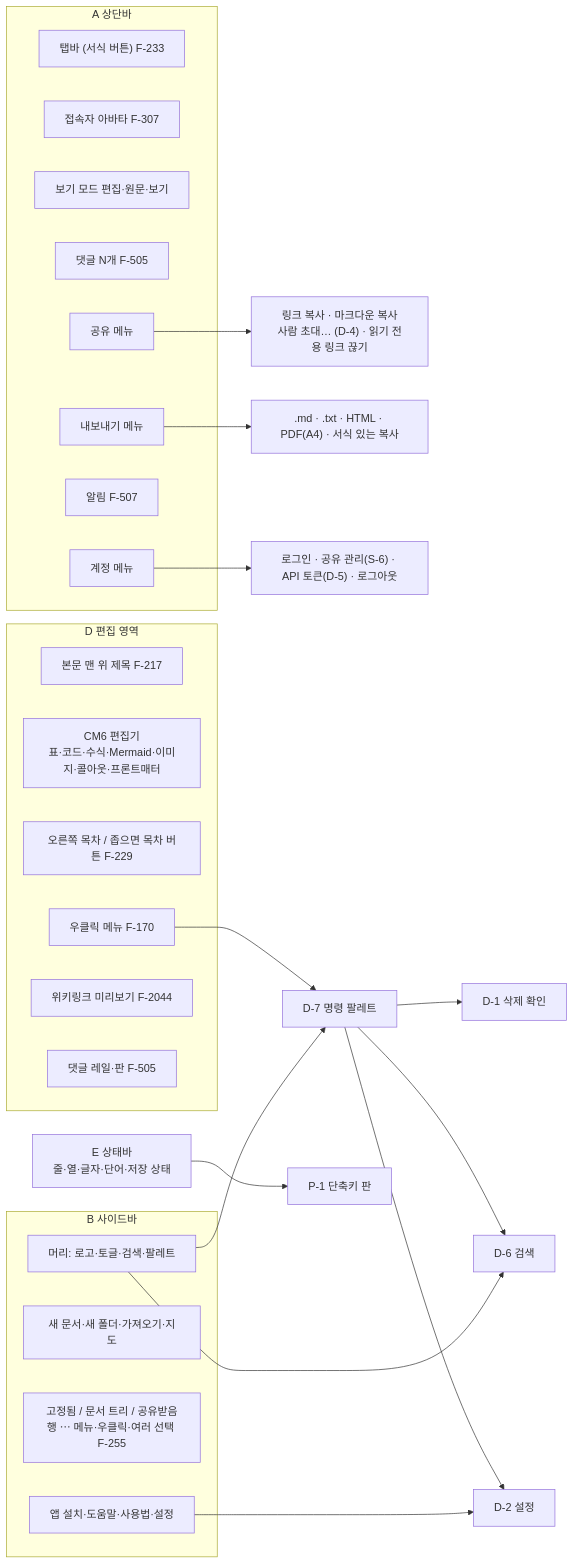
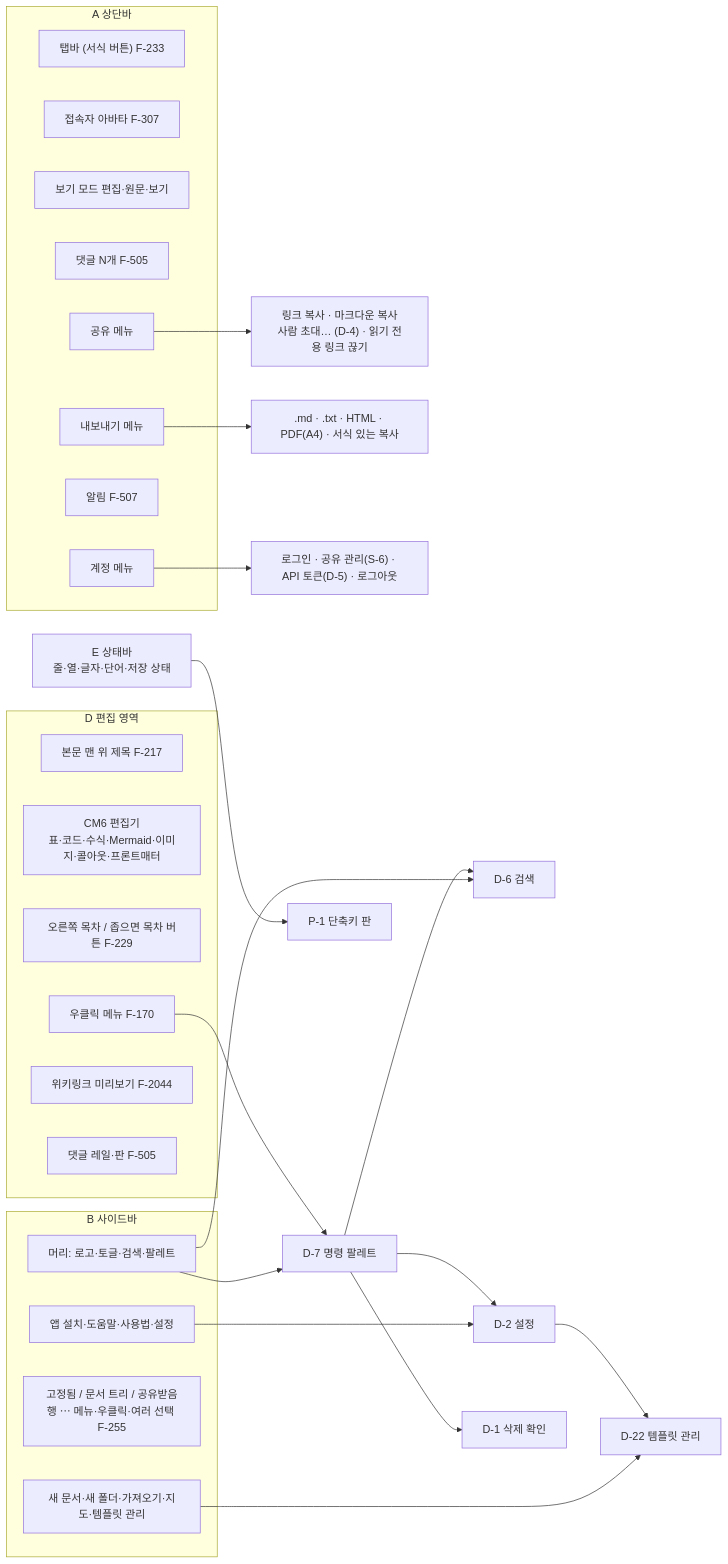
The third of 5 diagrams in specs/map.md (R00neyj/rawdoc), drawn with Mermaid before and after one commit. The commit also changed other lines of this file and 25 other files, not shown here.

````diff
--- a/specs/map.md
+++ b/specs/map.md
@@ -67,40 +67,42 @@
 ```mermaid
 flowchart LR
   subgraph A["A 상단바"]
     A1["탭바 (서식 버튼) F-233"]
     A2["접속자 아바타 F-307"]
     A3["보기 모드 편집·원문·보기"]
     A4["댓글 N개 F-505"]
     A5["공유 메뉴"]
     A6["내보내기 메뉴"]
     A7["알림 F-507"]
     A8["계정 메뉴"]
   end
   subgraph B["B 사이드바"]
     B1["머리: 로고·토글·검색·팔레트"]
-    B2["새 문서·새 폴더·가져오기·지도"]
+    B2["새 문서·새 폴더·가져오기·지도·템플릿 관리"]
     B3["고정됨 / 문서 트리 / 공유받음<br/>행 ⋯ 메뉴·우클릭·여러 선택 F-255"]
     B4["앱 설치·도움말·사용법·설정"]
   end
   subgraph D["D 편집 영역"]
     D1["본문 맨 위 제목 F-217"]
     D2["CM6 편집기<br/>표·코드·수식·Mermaid·이미지·콜아웃·프론트매터"]
     D3["오른쪽 목차 / 좁으면 목차 버튼 F-229"]
     D4["우클릭 메뉴 F-170"]
     D5["위키링크 미리보기 F-2044"]
     D6["댓글 레일·판 F-505"]
   end
   E["E 상태바<br/>줄·열·글자·단어·저장 상태"]
 
   A5 --> share["링크 복사 · 마크다운 복사<br/>사람 초대… (D-4) · 읽기 전용 링크 끊기"]
   A6 --> export[".md · .txt · HTML · PDF(A4) · 서식 있는 복사"]
   A8 --> account["로그인 · 공유 관리(S-6) · API 토큰(D-5) · 로그아웃"]
   B1 --> D6dlg["D-6 검색"]
   B1 --> D7dlg["D-7 명령 팔레트"]
   B4 --> D2dlg["D-2 설정"]
+  B2 --> D22dlg["D-22 템플릿 관리"]
+  D2dlg --> D22dlg
   D4 --> D7dlg
   D7dlg --> D1dlg["D-1 삭제 확인"]
   D7dlg --> D2dlg
   D7dlg --> D6dlg
   E --> P1["P-1 단축키 판"]
 ```
````
